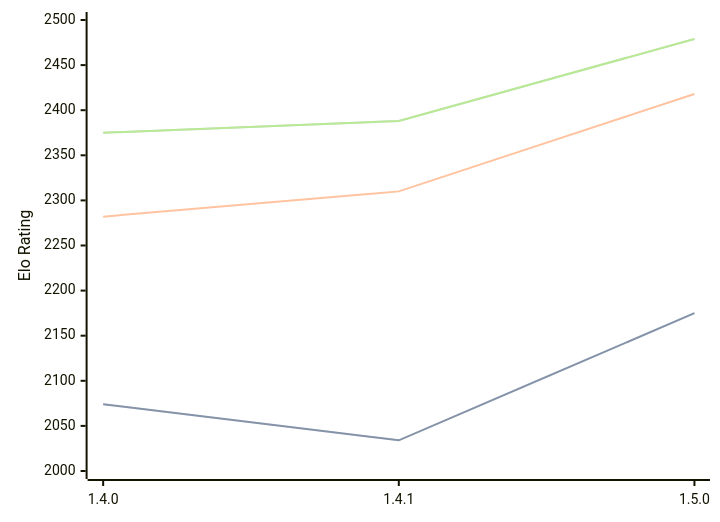
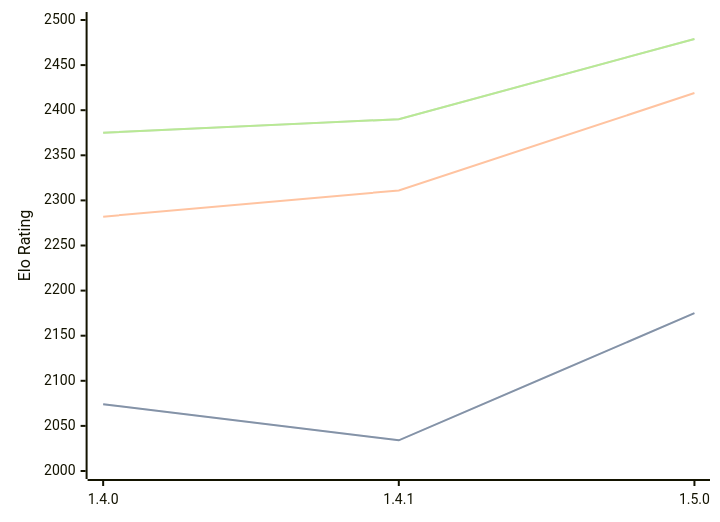
One commit to computer-chess-index/cci changed the first of 3 diagrams in engines/Tofiks.md. Above: the diagram before and after it, drawn with Mermaid. The commit also changed other lines of this file, not shown here.

Commit message:
Update CCI Ratings (ELO VLTC) - 2026-07-02

````diff
--- a/engines/Tofiks.md
+++ b/engines/Tofiks.md
@@ -37,11 +37,11 @@
 ```mermaid
 %%{init: {"theme":"base","themeVariables":{"seriesColors:['#a3a3a3','#222221','#faa371']}}}%%
 xychart-beta
   x-axis ["1.4.0", "1.4.1", "1.5.0"]
   y-axis "Elo Rating" 2000 --> 2500
   line "STC (8.0+0.08s)" [2074, 2034, 2175]
   line "STC (8.0+0.08s)" [2074, 2034, 2175]
-  line "LTC (60.0+0.60s)" [2282, 2310, 2418]
-  line "VLTC (2m24s+1.12s)" [2375, 2388, 2479]
-  line "VLTC (2m24s+1.12s)" [2375, 2388, 2479]
+  line "LTC (60.0+0.60s)" [2282, 2311, 2419]
+  line "VLTC (2m24s+1.12s)" [2375, 2390, 2479]
+  line "VLTC (2m24s+1.12s)" [2375, 2390, 2479]
 ```
````
